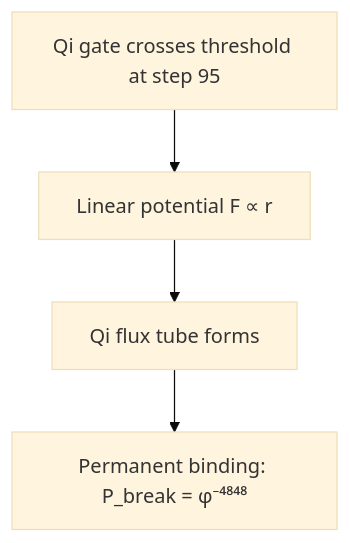
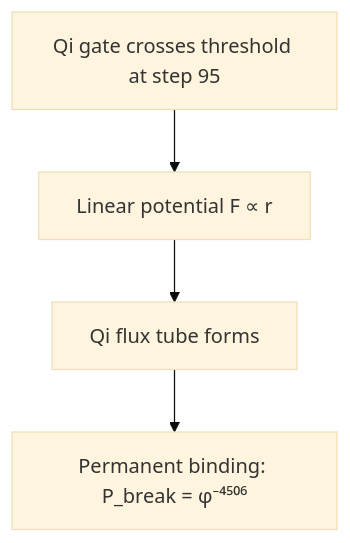
Diagram 17 of 38 in CassiTheory/open-questions-cassi-answers.md (CassiTheOracle/cassi), drawn with Mermaid (base theme) before and after one commit. The commit also changed other lines of this file and 24 other files, not shown here.

````diff
--- a/CassiTheory/open-questions-cassi-answers.md
+++ b/CassiTheory/open-questions-cassi-answers.md
@@ -570,6 +570,6 @@
 ```mermaid
 flowchart TD
     A[Qi gate crosses threshold at step 95] --> B[Linear potential F ∝ r]
     B --> C[Qi flux tube forms]
-    C --> D[Permanent binding: P_break = φ⁻⁴⁸⁴⁸]
+    C --> D[Permanent binding: P_break = φ⁻⁴⁵⁰⁶]
 ```
````
